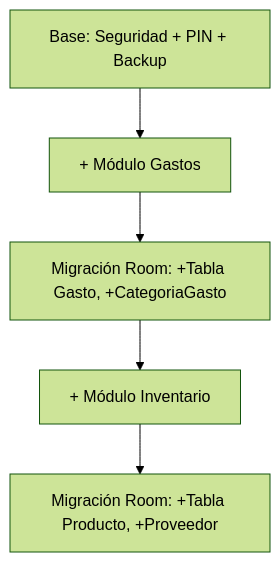
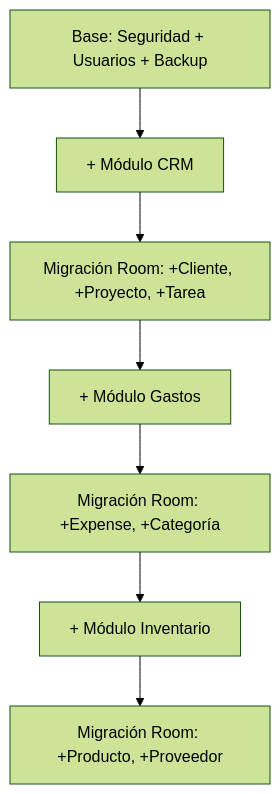
One commit to friaseus-coder/Aegis-Core changed the second of 3 diagrams in documentación/arquitectura.md. Above: the diagram before and after it, drawn with Mermaid (forest theme). The commit also changed other lines of this file and 43 other files, not shown here.

````diff
--- a/documentación/arquitectura.md
+++ b/documentación/arquitectura.md
@@ -75,7 +157,9 @@
 ```mermaid
 flowchart TD
-    A[Base: Seguridad + PIN + Backup] --> B[+ Módulo Gastos]
-    B --> C[Migración Room: +Tabla Gasto, +CategoriaGasto]
-    C --> D[+ Módulo Inventario]
-    D --> E[Migración Room: +Tabla Producto, +Proveedor]
+    A[Base: Seguridad + Usuarios + Backup] --> B[+ Módulo CRM]
+    B --> C[Migración Room: +Cliente, +Proyecto, +Tarea]
+    C --> D[+ Módulo Gastos]
+    D --> E[Migración Room: +Expense, +Categoría]
+    E --> F[+ Módulo Inventario]
+    F --> G[Migración Room: +Producto, +Proveedor]
 ```
````
